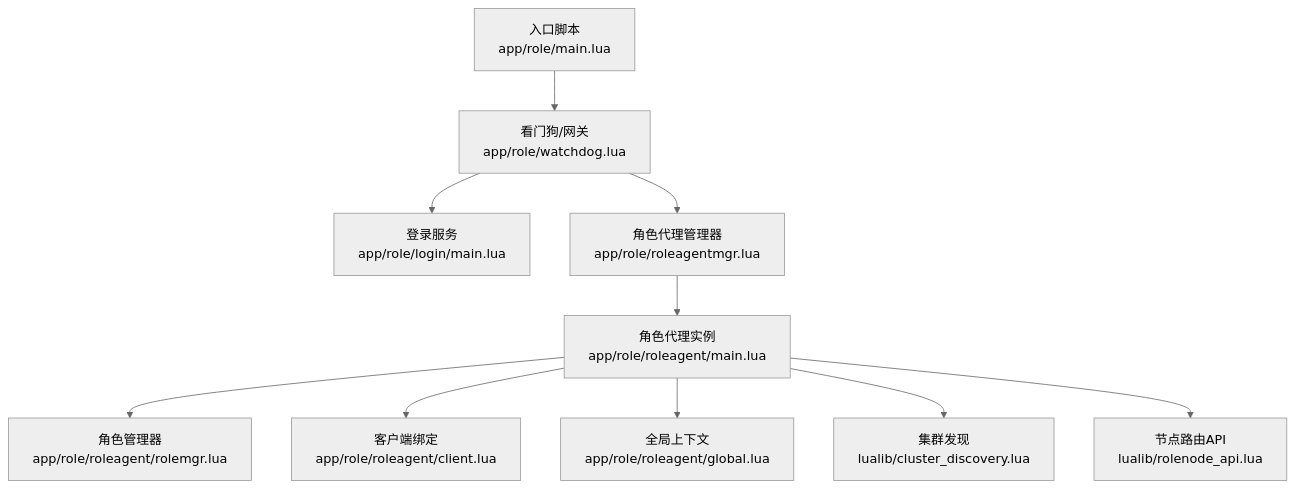
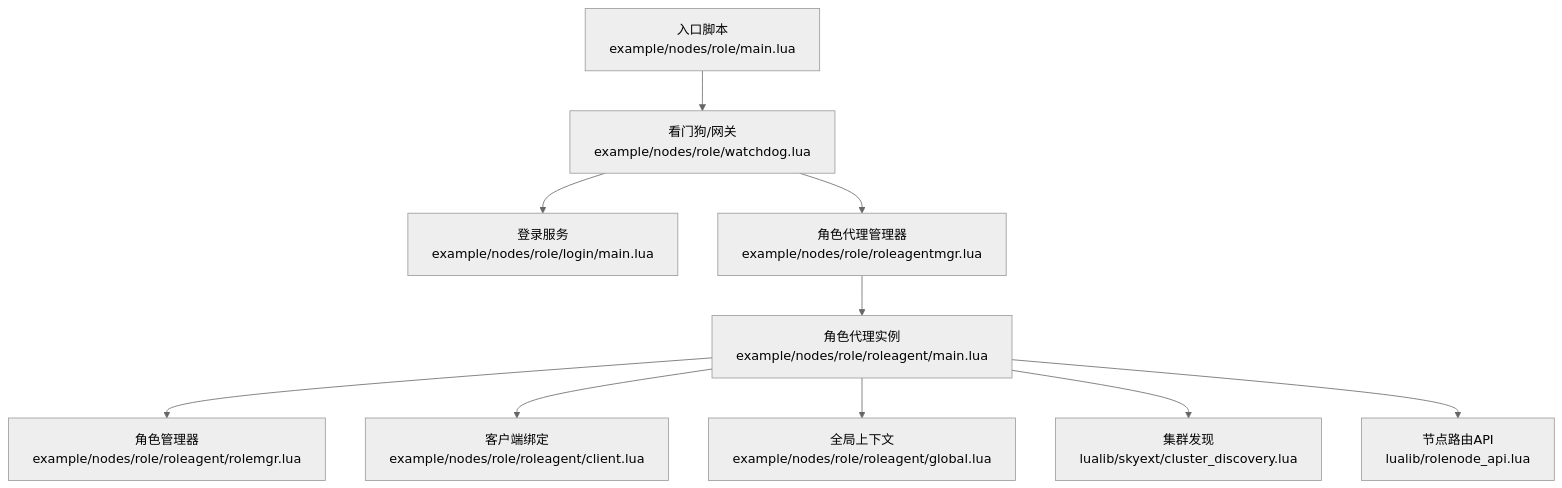
The first of 8 diagrams in docs/repowiki/zh/content/服务模块/Role 服务/角色代理系统.md (hanxi/skyext), drawn with Mermaid (neutral theme) before and after one commit. The commit also changed other lines of this file and 117 other files, not shown here.

````diff
--- a/docs/repowiki/zh/content/服务模块/Role 服务/角色代理系统.md
+++ b/docs/repowiki/zh/content/服务模块/Role 服务/角色代理系统.md
@@ -39,12 +39,12 @@
 ```mermaid
 graph TB
-A["入口脚本<br/>app/role/main.lua"] --> B["看门狗/网关<br/>app/role/watchdog.lua"]
-B --> C["登录服务<br/>app/role/login/main.lua"]
-B --> D["角色代理管理器<br/>app/role/roleagentmgr.lua"]
-D --> E["角色代理实例<br/>app/role/roleagent/main.lua"]
-E --> F["角色管理器<br/>app/role/roleagent/rolemgr.lua"]
-E --> G["客户端绑定<br/>app/role/roleagent/client.lua"]
-E --> H["全局上下文<br/>app/role/roleagent/global.lua"]
-E --> I["集群发现<br/>lualib/cluster_discovery.lua"]
+A["入口脚本<br/>example/nodes/role/main.lua"] --> B["看门狗/网关<br/>example/nodes/role/watchdog.lua"]
+B --> C["登录服务<br/>example/nodes/role/login/main.lua"]
+B --> D["角色代理管理器<br/>example/nodes/role/roleagentmgr.lua"]
+D --> E["角色代理实例<br/>example/nodes/role/roleagent/main.lua"]
+E --> F["角色管理器<br/>example/nodes/role/roleagent/rolemgr.lua"]
+E --> G["客户端绑定<br/>example/nodes/role/roleagent/client.lua"]
+E --> H["全局上下文<br/>example/nodes/role/roleagent/global.lua"]
+E --> I["集群发现<br/>lualib/skyext/cluster_discovery.lua"]
 E --> J["节点路由API<br/>lualib/rolenode_api.lua"]
 ```
````
